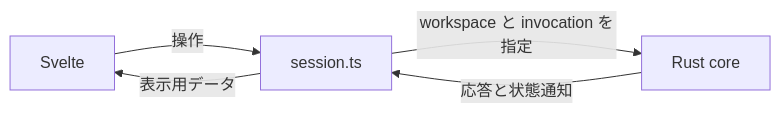
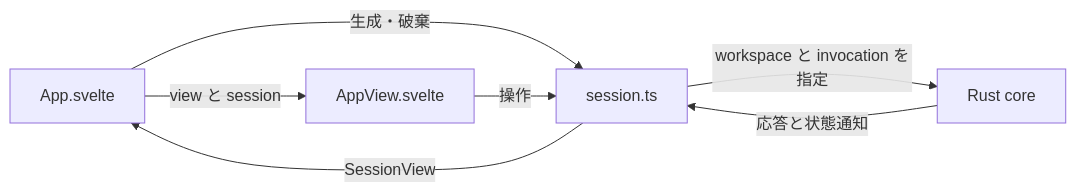
The diagram in docs/design/session-state.md (OhataKenji/zeal), drawn with Mermaid before and after one commit. The commit also changed other lines of this file and 12 other files, not shown here.

````diff
--- a/docs/design/session-state.md
+++ b/docs/design/session-state.md
@@ -14,7 +15,9 @@
 ```mermaid
 flowchart LR
-  UI[Svelte] -->|操作| Session[session.ts]
-  Session -->|表示用データ| UI
+  Root[App.svelte] -->|view と session| View[AppView.svelte]
+  Root -->|生成・破棄| Session[session.ts]
+  View -->|操作| Session
+  Session -->|SessionView| Root
   Session -->|workspace と invocation を指定| Core[Rust core]
   Core -->|応答と状態通知| Session
 ```
````
